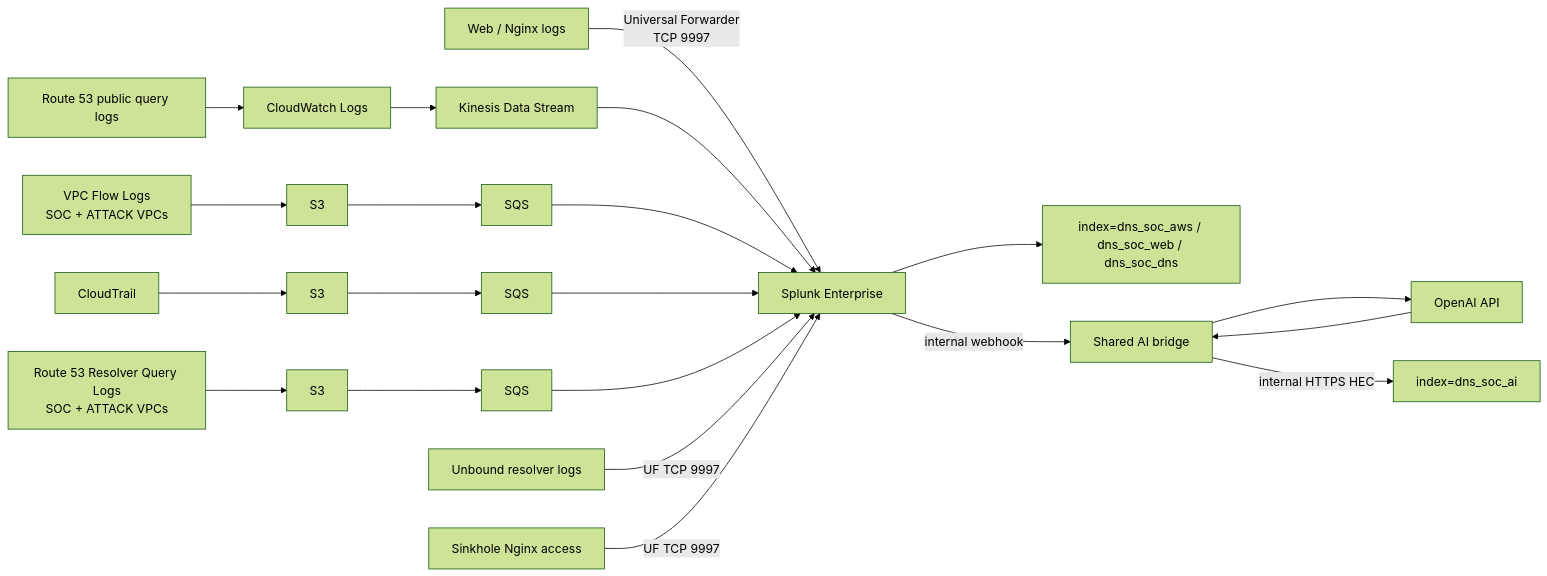
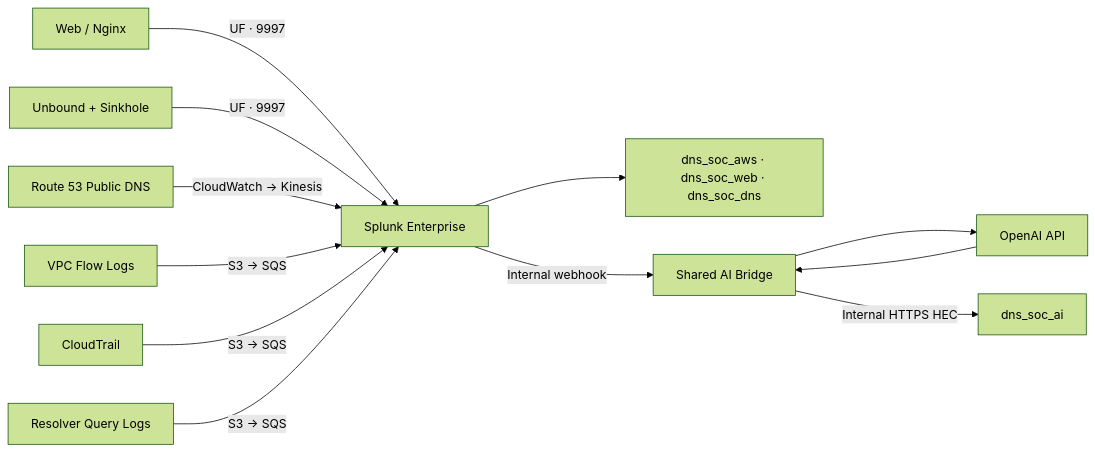
The second of 2 diagrams in README.md (DNS-SOC-Lab/DNS-Lab-Infrastructure), drawn with Mermaid (forest theme) before and after one commit. The commit also changed other lines of this file, not shown here.

````diff
--- a/README.md
+++ b/README.md
@@ -88,29 +93,15 @@
 ```mermaid
 flowchart LR
-    W[Web / Nginx logs] -->|Universal Forwarder<br/>TCP 9997| S[Splunk Enterprise]
+    WEB[Web / Nginx] -->|UF · 9997| SPL[Splunk Enterprise]
+    DNS[Unbound + Sinkhole] -->|UF · 9997| SPL
+    R53[Route 53 Public DNS] -->|CloudWatch → Kinesis| SPL
+    VPC[VPC Flow Logs] -->|S3 → SQS| SPL
+    CT[CloudTrail] -->|S3 → SQS| SPL
+    RQ[Resolver Query Logs] -->|S3 → SQS| SPL
 
-    R53[Route 53 public query logs] --> CW[CloudWatch Logs]
-    CW --> K[Kinesis Data Stream]
-    K --> S
-
-    VF[VPC Flow Logs<br/>SOC + ATTACK VPCs] --> S3A[S3]
-    S3A --> SQSA[SQS]
-    SQSA --> S
-
-    CT[CloudTrail] --> S3B[S3]
-    S3B --> SQSB[SQS]
-    SQSB --> S
-
-    RQ[Route 53 Resolver Query Logs<br/>SOC + ATTACK VPCs] --> S3C[S3]
-    S3C --> SQSC[SQS]
-    SQSC --> S
-
-    U[Unbound resolver logs] -->|UF TCP 9997| S
-    SH[Sinkhole Nginx access] -->|UF TCP 9997| S
-
-    S --> IDX[index=dns_soc_aws / dns_soc_web / dns_soc_dns]
-    S -->|internal webhook| AIB[Shared AI bridge]
+    SPL --> IDX[dns_soc_aws · dns_soc_web · dns_soc_dns]
+    SPL -->|Internal webhook| AIB[Shared AI Bridge]
     AIB --> OAI[OpenAI API]
     OAI --> AIB
-    AIB -->|internal HTTPS HEC| AIDX[index=dns_soc_ai]
+    AIB -->|Internal HTTPS HEC| AIDX[dns_soc_ai]
 ```
````
